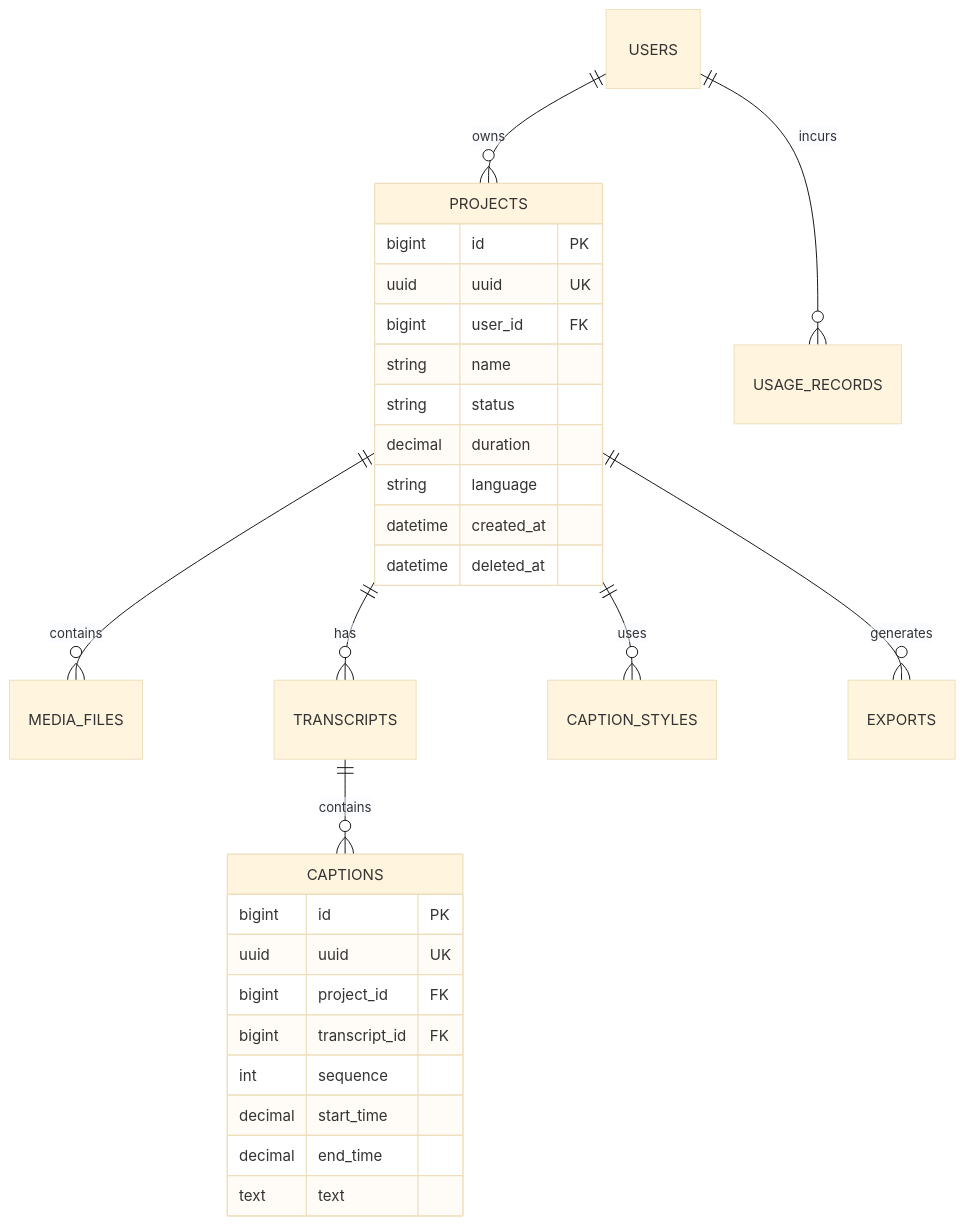
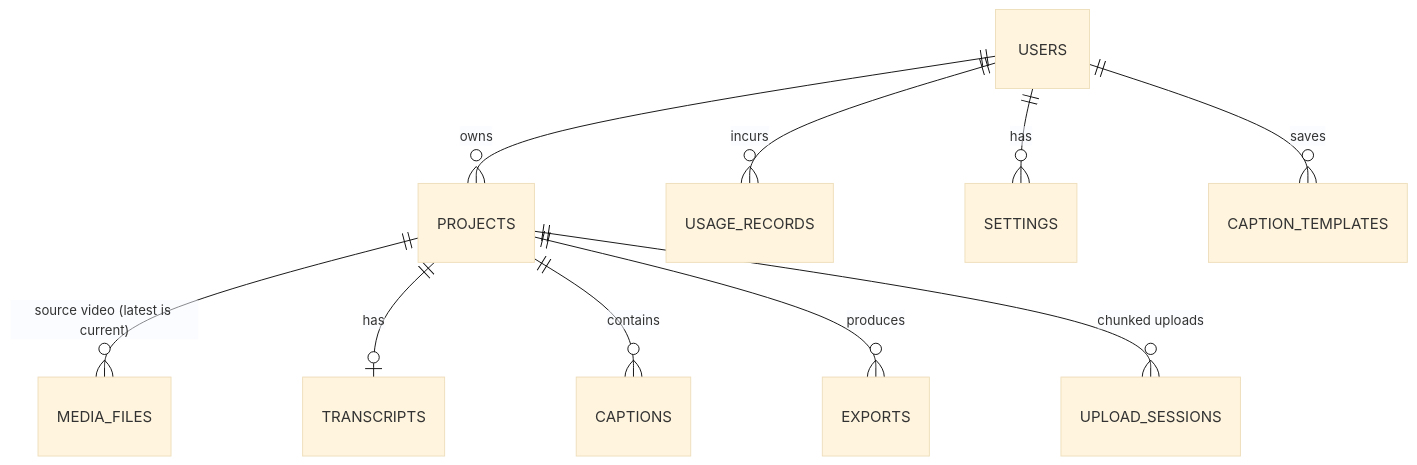
The second of 2 diagrams in docs/ARCHITECTURE.md (Charitha615/Caption-Site), drawn with Mermaid (base theme) before and after one commit. The commit also changed other lines of this file and 204 other files, not shown here.

````diff
--- a/docs/ARCHITECTURE.md
+++ b/docs/ARCHITECTURE.md
@@ -108,33 +97,12 @@
 ```mermaid
 erDiagram
     USERS ||--o{ PROJECTS : owns
-    PROJECTS ||--o{ MEDIA_FILES : contains
-    PROJECTS ||--o{ TRANSCRIPTS : has
-    TRANSCRIPTS ||--o{ CAPTIONS : contains
-    PROJECTS ||--o{ CAPTION_STYLES : uses
-    PROJECTS ||--o{ EXPORTS : generates
     USERS ||--o{ USAGE_RECORDS : incurs
-
-    PROJECTS {
-        bigint id PK
-        uuid uuid UK
-        bigint user_id FK
-        string name
-        string status
-        decimal duration
-        string language
-        datetime created_at
-        datetime deleted_at
-    }
-
-    CAPTIONS {
-        bigint id PK
-        uuid uuid UK
-        bigint project_id FK
-        bigint transcript_id FK
-        int sequence
-        decimal start_time
-        decimal end_time
-        text text
-    }
+    USERS ||--o{ SETTINGS : has
+    USERS ||--o{ CAPTION_TEMPLATES : saves
+    PROJECTS ||--o{ MEDIA_FILES : "source video (latest is current)"
+    PROJECTS ||--o| TRANSCRIPTS : has
+    PROJECTS ||--o{ CAPTIONS : contains
+    PROJECTS ||--o{ EXPORTS : produces
+    PROJECTS ||--o{ UPLOAD_SESSIONS : "chunked uploads"
 ```
````
